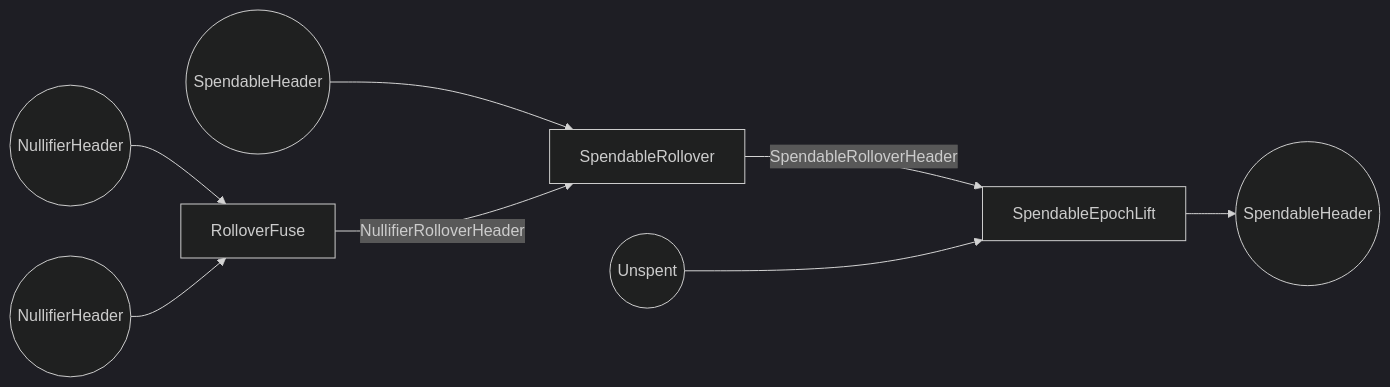
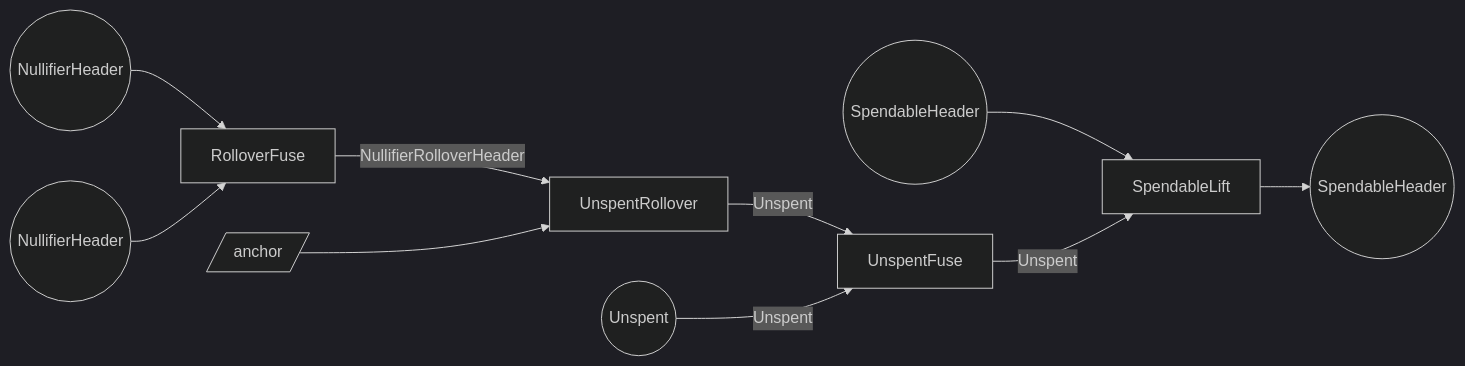
Before and after one commit to tachyon-zcash/tachyon: the fifth of 5 diagrams in book/src/proof-tree.md, drawn with Mermaid (dark theme). The commit also changed other lines of this file and 8 other files, not shown here.

Commit message:
cross-epoch unspent

````diff
--- a/book/src/proof-tree.md
+++ b/book/src/proof-tree.md
@@ -302,19 +307,23 @@
 ```mermaid
 flowchart LR
   nh_old((NullifierHeader))
   nh_new((NullifierHeader))
   s_rfuse[RolloverFuse]
+  w_roll[/anchor/]
+  s_unspentroll[UnspentRollover]
+  unspent_new((Unspent))
+  s_ufuse[UnspentFuse]
   sp_in((SpendableHeader))
-  s_rollover[SpendableRollover]
-  s_epochlift[SpendableEpochLift]
-  unspent_new((Unspent))
+  s_lift[SpendableLift]
   sp_out((SpendableHeader))
 
   nh_old --> s_rfuse
   nh_new --> s_rfuse
-  sp_in --> s_rollover
-  s_rfuse -->|NullifierRolloverHeader| s_rollover
-  s_rollover -->|SpendableRolloverHeader| s_epochlift
-  unspent_new --> s_epochlift
-  s_epochlift --> sp_out
+  s_rfuse -->|NullifierRolloverHeader| s_unspentroll
+  w_roll --> s_unspentroll
+  s_unspentroll -->|Unspent| s_ufuse
+  unspent_new -->|Unspent| s_ufuse
+  sp_in --> s_lift
+  s_ufuse -->|Unspent| s_lift
+  s_lift --> sp_out
 ```
````
